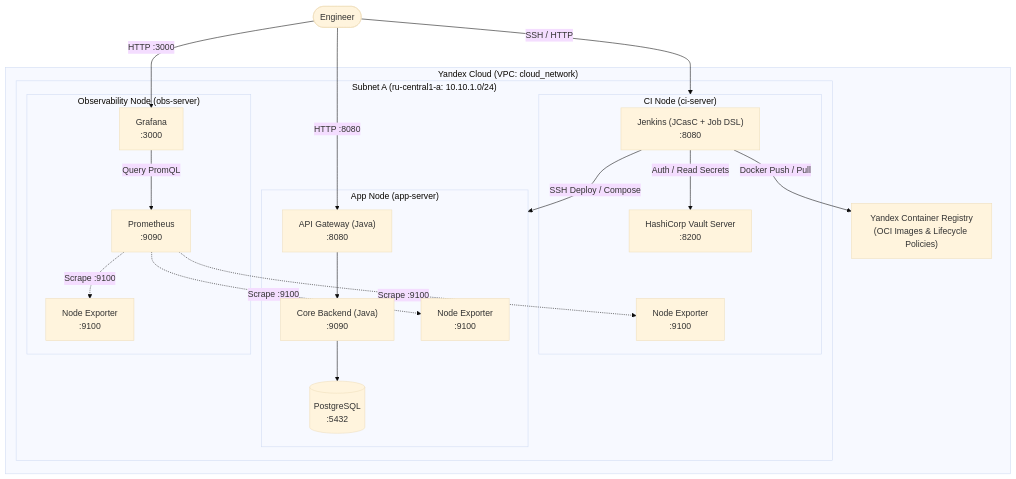
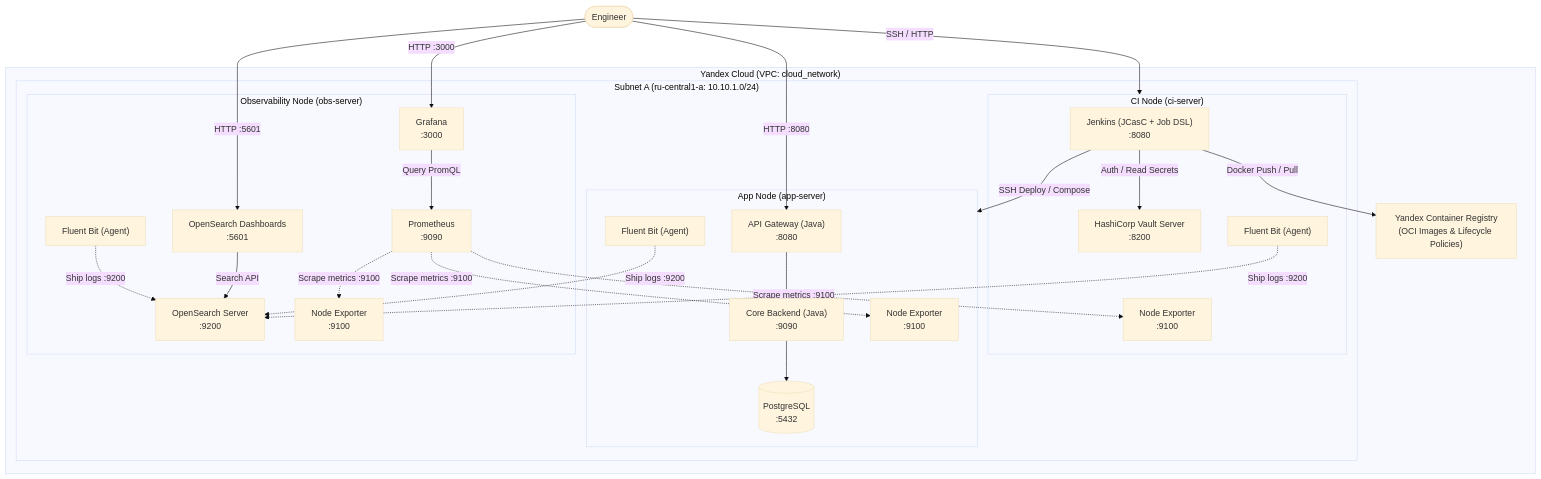
One commit to h0ttab/devops-cloud-project changed the first of 2 diagrams in README.md. Above: the diagram before and after it, drawn with Mermaid (base theme). The commit also changed other lines of this file and 3 other files, not shown here.

````diff
--- a/README.md
+++ b/README.md
@@ -72,47 +75,58 @@
 ```mermaid
 graph TB
 
     subgraph YC ["Yandex Cloud (VPC: cloud_network)"]
 
         subgraph SubnetA ["Subnet A (ru-central1-a: 10.10.1.0/24)"]
 
             subgraph CIServer ["CI Node (ci-server)"]
                 Jenkins["Jenkins (JCasC + Job DSL)<br/>:8080"]
                 Vault["HashiCorp Vault Server<br/>:8200"]
                 NodeExpCI["Node Exporter<br/>:9100"]
+                FBCI["Fluent Bit (Agent)"]
             end
 
             subgraph AppServer ["App Node (app-server)"]
                 Gateway["API Gateway (Java)<br/>:8080"]
                 Backend["Core Backend (Java)<br/>:9090"]
                 Postgres[("PostgreSQL<br/>:5432")]
                 NodeExpApp["Node Exporter<br/>:9100"]
+                FBApp["Fluent Bit (Agent)"]
             end
 
             subgraph ObsServer ["Observability Node (obs-server)"]
                 Prometheus["Prometheus<br/>:9090"]
                 Grafana["Grafana<br/>:3000"]
+                OpenSearch["OpenSearch Server<br/>:9200"]
+                Dashboards["OpenSearch Dashboards<br/>:5601"]
                 NodeExpObs["Node Exporter<br/>:9100"]
+                FBObs["Fluent Bit (Agent)"]
             end
 
         end
 
         YCR["Yandex Container Registry<br/>(OCI Images & Lifecycle Policies)"]
 
     end
 
     User(["Engineer"]) -->|SSH / HTTP| CIServer
     User -->|HTTP :8080| Gateway
     User -->|HTTP :3000| Grafana
+    User -->|HTTP :5601| Dashboards
 
     Jenkins -->|Auth / Read Secrets| Vault
     Jenkins -->|Docker Push / Pull| YCR
     Jenkins -->|SSH Deploy / Compose| AppServer
 
     Gateway --> Backend --> Postgres
 
-    Prometheus -.->|Scrape :9100| NodeExpCI
-    Prometheus -.->|Scrape :9100| NodeExpApp
-    Prometheus -.->|Scrape :9100| NodeExpObs
+    Prometheus -.->|Scrape metrics :9100| NodeExpCI
+    Prometheus -.->|Scrape metrics :9100| NodeExpApp
+    Prometheus -.->|Scrape metrics :9100| NodeExpObs
     Grafana -->|Query PromQL| Prometheus
+
+    FBCI -.->|Ship logs :9200| OpenSearch
+    FBApp -.->|Ship logs :9200| OpenSearch
+    FBObs -.->|Ship logs :9200| OpenSearch
+    Dashboards -->|Search API| OpenSearch
 ```
````
